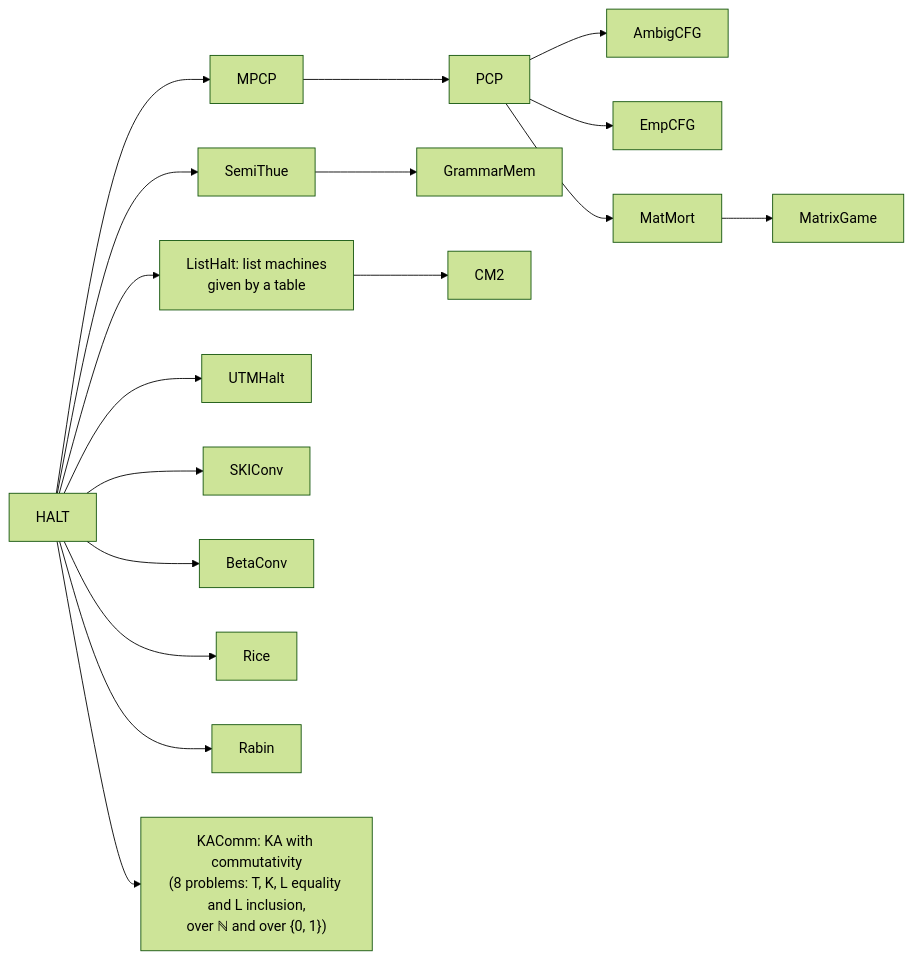
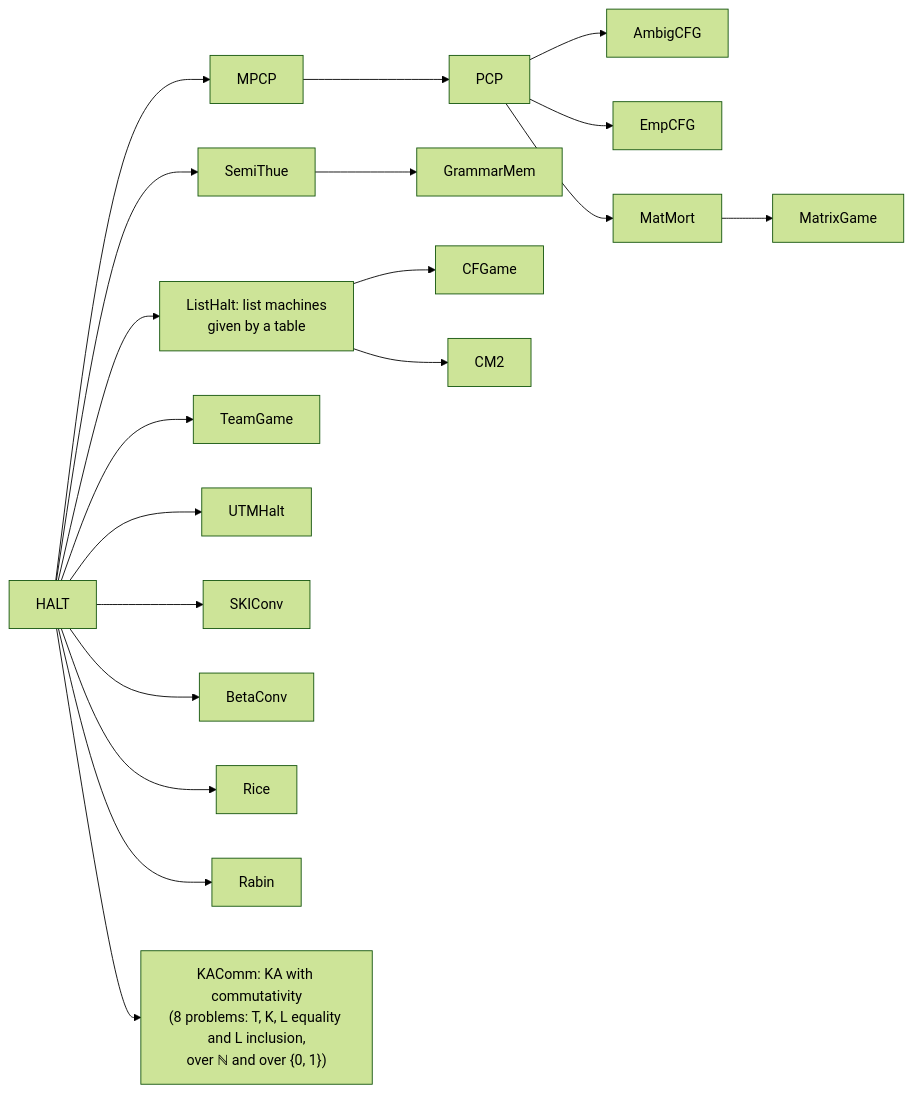
The diagram in README.md (DiagonaLean/DiagonaLean), drawn with Mermaid (forest theme) before and after one commit. The commit also changed other lines of this file and 26 other files, not shown here.

First line of the commit message:
feat(CFGame + TeamGame): add active context-free games and team games, CFGame from ListHalt

````diff
--- a/README.md
+++ b/README.md
@@ -21,16 +21,18 @@
 ```mermaid
 graph LR
   HALT --> MPCP --> PCP
   HALT --> SemiThue --> GrammarMem
   PCP --> AmbigCFG
   PCP --> EmpCFG
   PCP --> MatMort
   MatMort --> MatrixGame
+  ListHalt --> CFGame
+  HALT --> TeamGame
   HALT --> ListHalt["ListHalt: list machines<br/>given by a table"] --> CM2
   HALT --> UTMHalt
   HALT --> SKIConv
   HALT --> BetaConv
   HALT --> Rice
   HALT --> Rabin
   HALT --> KA["KAComm: KA with commutativity<br/>(8 problems: T, K, L equality and L inclusion,<br/>over ℕ and over {0, 1})"]
 ```
````
